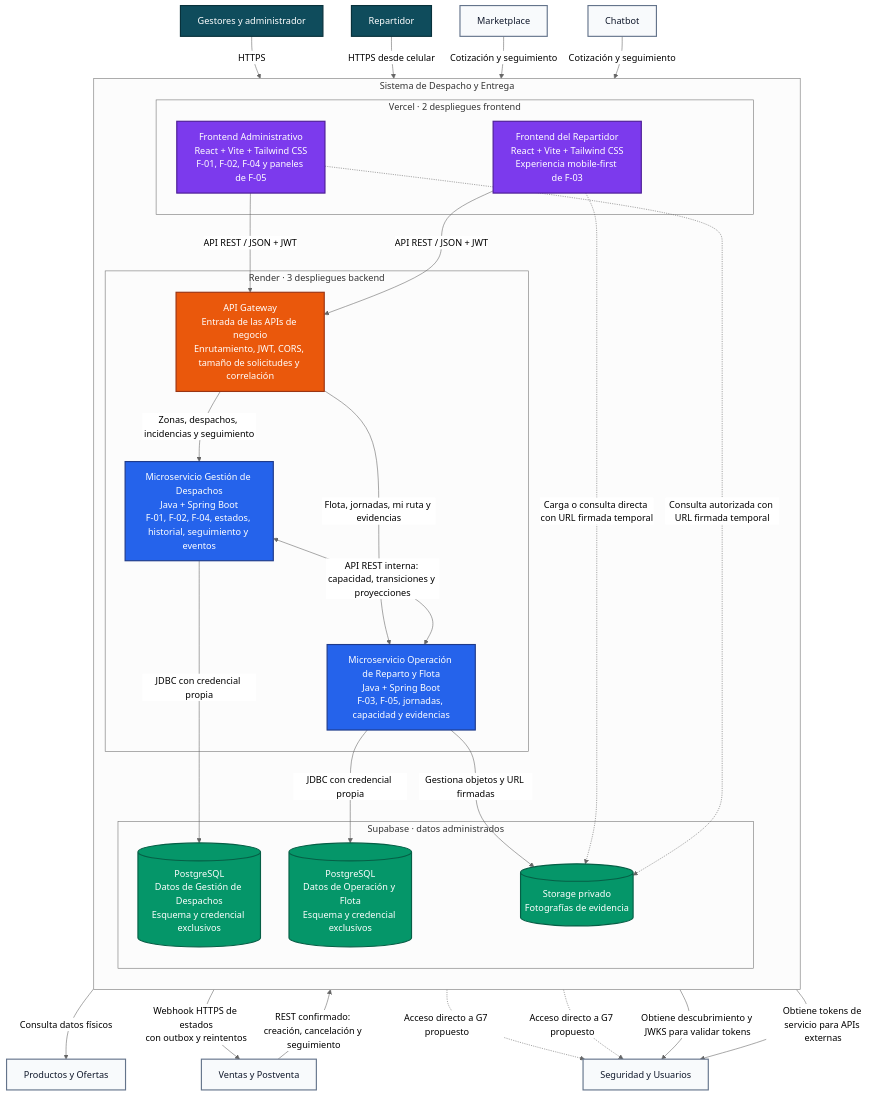
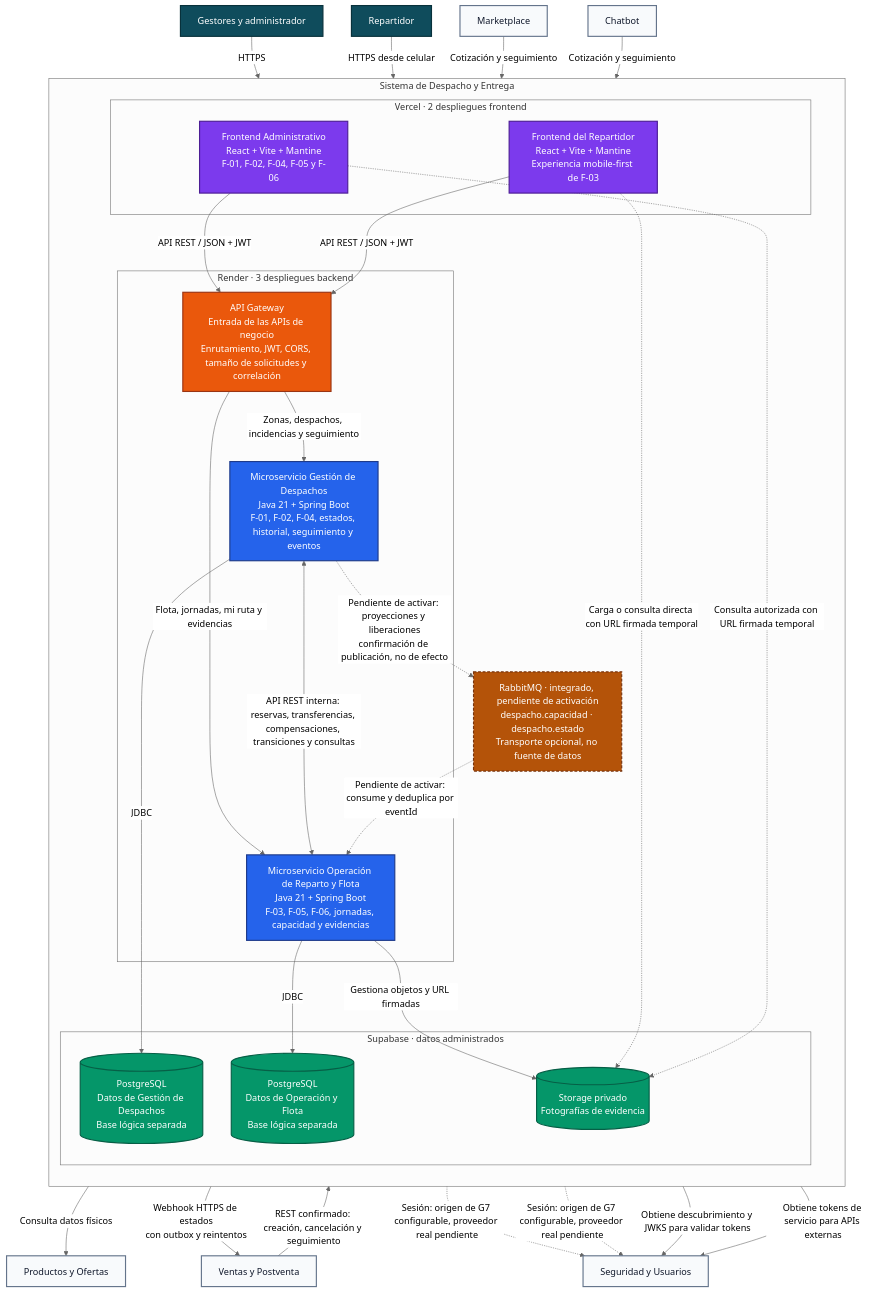
One commit to Taller-SW-Web/G2-Despacho-Specs changed the diagram in arquitectura/c4-contenedores.md. Above: the diagram before and after it, drawn with Mermaid (neutral theme). The commit also changed other lines of this file and 27 other files, not shown here.

````diff
--- a/arquitectura/c4-contenedores.md
+++ b/arquitectura/c4-contenedores.md
@@ -11,67 +13,72 @@
 ```mermaid
 flowchart TB
     classDef frontend fill:#7C3AED,color:#FFFFFF,stroke:#4C1D95,stroke-width:2px
     classDef gateway fill:#EA580C,color:#FFFFFF,stroke:#9A3412,stroke-width:2px
     classDef servicio fill:#2563EB,color:#FFFFFF,stroke:#1E3A8A,stroke-width:2px
     classDef datos fill:#059669,color:#FFFFFF,stroke:#065F46,stroke-width:2px
+    classDef broker fill:#B45309,color:#FFFFFF,stroke:#78350F,stroke-width:2px,stroke-dasharray:5 3
     classDef externo fill:#F8FAFC,color:#0F172A,stroke:#64748B,stroke-width:2px
     classDef persona fill:#0F4C5C,color:#FFFFFF,stroke:#08313B,stroke-width:2px
 
     GESTORES["Gestores y administrador"]:::persona
     REPARTIDOR["Repartidor"]:::persona
 
     subgraph SISTEMA["Sistema de Despacho y Entrega"]
         direction TB
 
         subgraph VERCEL["Vercel · 2 despliegues frontend"]
-            FA["Frontend Administrativo<br/>React + Vite + Tailwind CSS<br/>F-01, F-02, F-04 y paneles de F-05"]:::frontend
-            FR["Frontend del Repartidor<br/>React + Vite + Tailwind CSS<br/>Experiencia mobile-first de F-03"]:::frontend
+            FA["Frontend Administrativo<br/>React + Vite + Mantine<br/>F-01, F-02, F-04, F-05 y F-06"]:::frontend
+            FR["Frontend del Repartidor<br/>React + Vite + Mantine<br/>Experiencia mobile-first de F-03"]:::frontend
         end
 
         subgraph RENDER["Render · 3 despliegues backend"]
             GW["API Gateway<br/>Entrada de las APIs de negocio<br/>Enrutamiento, JWT, CORS, tamaño de solicitudes y correlación"]:::gateway
-            MD["Microservicio Gestión de Despachos<br/>Java + Spring Boot<br/>F-01, F-02, F-04, estados, historial, seguimiento y eventos"]:::servicio
-            MR["Microservicio Operación de Reparto y Flota<br/>Java + Spring Boot<br/>F-03, F-05, jornadas, capacidad y evidencias"]:::servicio
+            MD["Microservicio Gestión de Despachos<br/>Java 21 + Spring Boot<br/>F-01, F-02, F-04, estados, historial, seguimiento y eventos"]:::servicio
+            MR["Microservicio Operación de Reparto y Flota<br/>Java 21 + Spring Boot<br/>F-03, F-05, F-06, jornadas, capacidad y evidencias"]:::servicio
         end
 
+        MQ["RabbitMQ · integrado, pendiente de activación<br/>despacho.capacidad · despacho.estado<br/>Transporte opcional, no fuente de datos"]:::broker
+
         subgraph SUPABASE["Supabase · datos administrados"]
-            BDG[("PostgreSQL<br/>Datos de Gestión de Despachos<br/>Esquema y credencial exclusivos")]:::datos
-            BDR[("PostgreSQL<br/>Datos de Operación y Flota<br/>Esquema y credencial exclusivos")]:::datos
+            BDG[("PostgreSQL<br/>Datos de Gestión de Despachos<br/>Base lógica separada")]:::datos
+            BDR[("PostgreSQL<br/>Datos de Operación y Flota<br/>Base lógica separada")]:::datos
             OBJ[("Storage privado<br/>Fotografías de evidencia")]:::datos
         end
 
     end
 
     MKT["Marketplace"]:::externo
     CHT["Chatbot"]:::externo
     VEN["Ventas y Postventa"]:::externo
     PRO["Productos y Ofertas"]:::externo
     SEG["Seguridad y Usuarios"]:::externo
 
     GESTORES -->|"HTTPS"| FA
     REPARTIDOR -->|"HTTPS desde celular"| FR
     FA -->|"API REST / JSON + JWT"| GW
     FR -->|"API REST / JSON + JWT"| GW
 
     MKT -->|"Cotización y seguimiento"| GW
     CHT -->|"Cotización y seguimiento"| GW
     VEN -->|"REST confirmado: creación, cancelación y seguimiento"| GW
 
     GW -->|"Zonas, despachos, incidencias y seguimiento"| MD
     GW -->|"Flota, jornadas, mi ruta y evidencias"| MR
 
-    MD <-->|"API REST interna: capacidad, transiciones y proyecciones"| MR
+    MD <-->|"API REST interna: reservas, transferencias, compensaciones, transiciones y consultas"| MR
+    MD -.->|"Pendiente de activar: proyecciones y liberaciones<br/>confirmación de publicación, no de efecto"| MQ
+    MQ -.->|"Pendiente de activar: consume y deduplica por eventId"| MR
 
-    MD -->|"JDBC con credencial propia"| BDG
-    MR -->|"JDBC con credencial propia"| BDR
+    MD -->|"JDBC"| BDG
+    MR -->|"JDBC"| BDR
     MR -->|"Gestiona objetos y URL firmadas"| OBJ
     FR -.->|"Carga o consulta directa con URL firmada temporal"| OBJ
     FA -.->|"Consulta autorizada con URL firmada temporal"| OBJ
 
     MD -->|"Consulta datos físicos"| PRO
     MD -->|"Webhook HTTPS de estados<br/>con outbox y reintentos"| VEN
-    FA -.->|"Acceso directo a G7 propuesto"| SEG
-    FR -.->|"Acceso directo a G7 propuesto"| SEG
+    FA -.->|"Sesión: origen de G7 configurable, proveedor real pendiente"| SEG
+    FR -.->|"Sesión: origen de G7 configurable, proveedor real pendiente"| SEG
     GW -->|"Obtiene descubrimiento y JWKS para validar tokens"| SEG
     MD -->|"Obtiene tokens de servicio para APIs externas"| SEG
 ```
````
